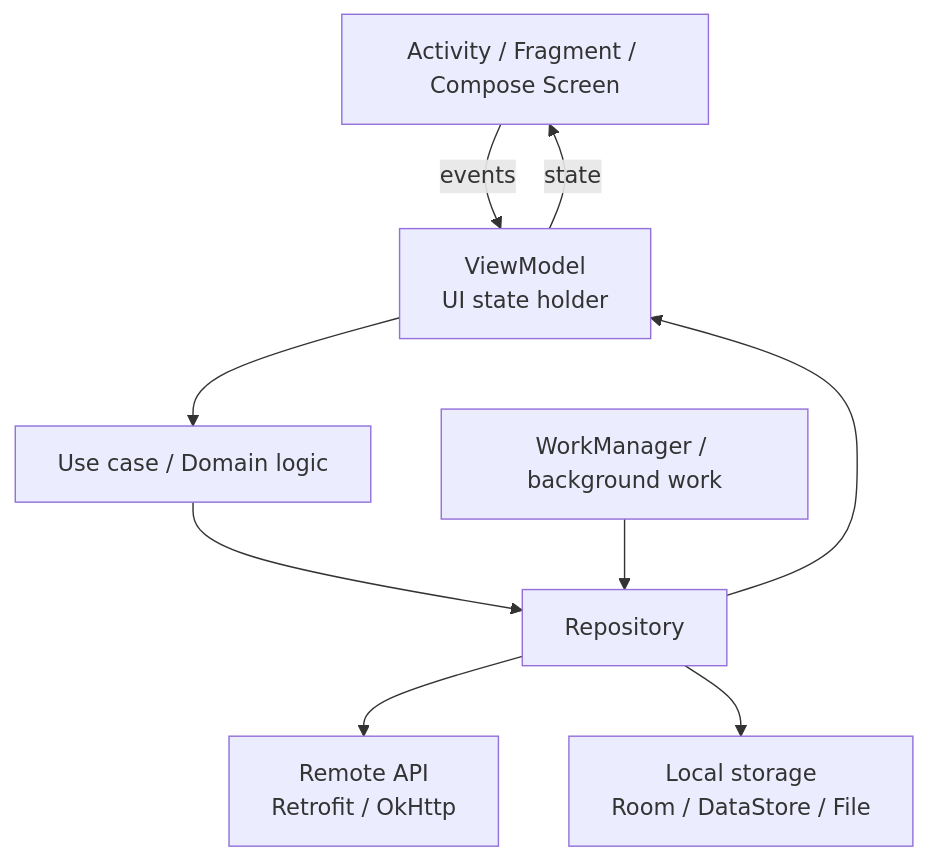
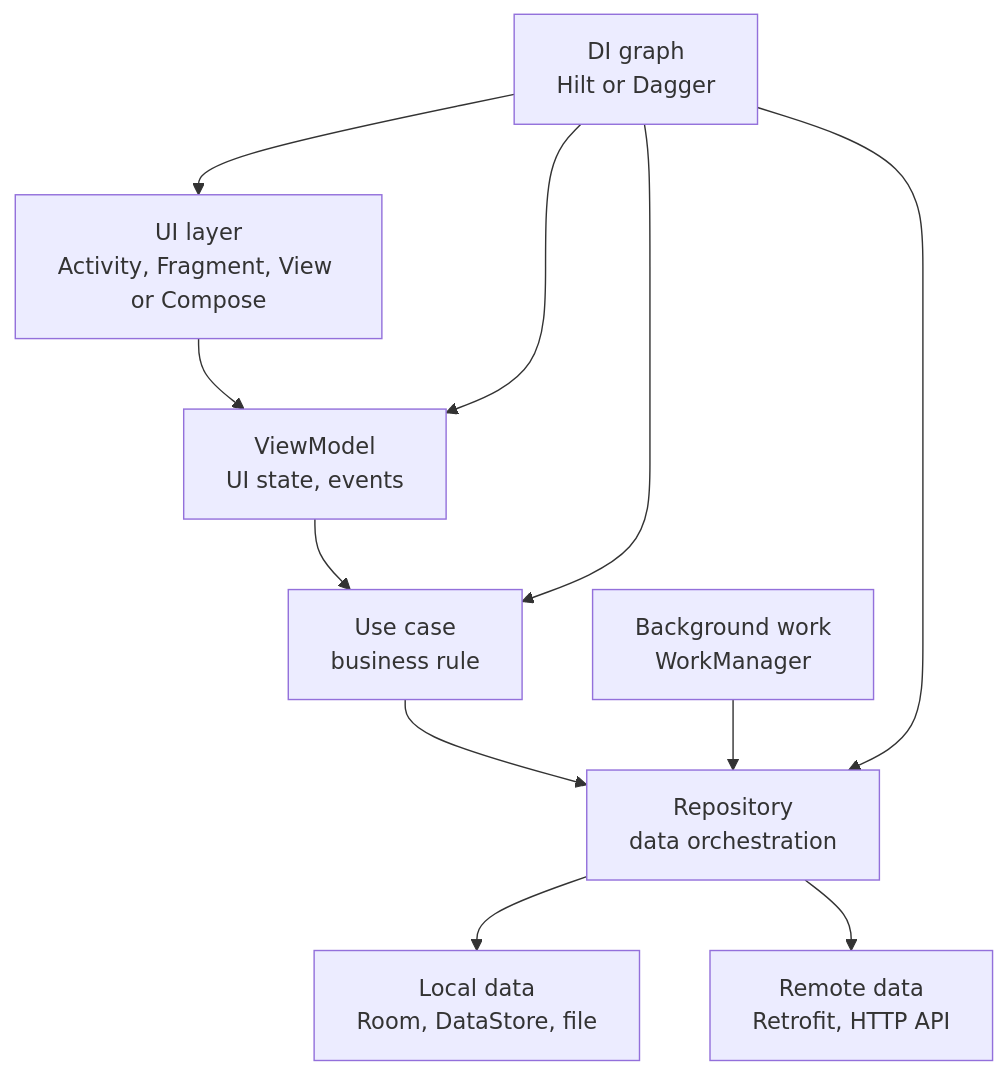
Before and after one commit to m1ser4ble/m1ser4ble.github.io: the first of 3 diagrams in _posts/2026-06-09-manifest-android-interview-03-jetpack-business-logic.md, drawn with Mermaid. The commit also changed other lines of this file and 3 other files, not shown here.

```diff
--- a/_posts/2026-06-09-manifest-android-interview-03-jetpack-business-logic.md
+++ b/_posts/2026-06-09-manifest-android-interview-03-jetpack-business-logic.md
@@ -32,19 +41,22 @@
 <div class="mermaid">
 flowchart TD
-    UI[Activity / Fragment / Compose Screen]
-    VM[ViewModel<br/>UI state holder]
-    UseCase[Use case / Domain logic]
-    Repo[Repository]
-    Remote[Remote API<br/>Retrofit / OkHttp]
-    Local[Local storage<br/>Room / DataStore / File]
-    Worker[WorkManager / background work]
+    UI["UI layer<br/>Activity, Fragment, View or Compose"]
+    VM["ViewModel<br/>UI state, events"]
+    UseCase["Use case<br/>business rule"]
+    Repo["Repository<br/>data orchestration"]
+    Local["Local data<br/>Room, DataStore, file"]
+    Remote["Remote data<br/>Retrofit, HTTP API"]
+    Work["Background work<br/>WorkManager"]
+    DI["DI graph<br/>Hilt or Dagger"]
 
-    UI -->|events| VM
+    UI --> VM
     VM --> UseCase
     UseCase --> Repo
+    Repo --> Local
     Repo --> Remote
-    Repo --> Local
-    Worker --> Repo
-    Repo --> VM
-    VM -->|state| UI
+    Work --> Repo
+    DI --> UI
+    DI --> VM
+    DI --> UseCase
+    DI --> Repo
 </div>
```
